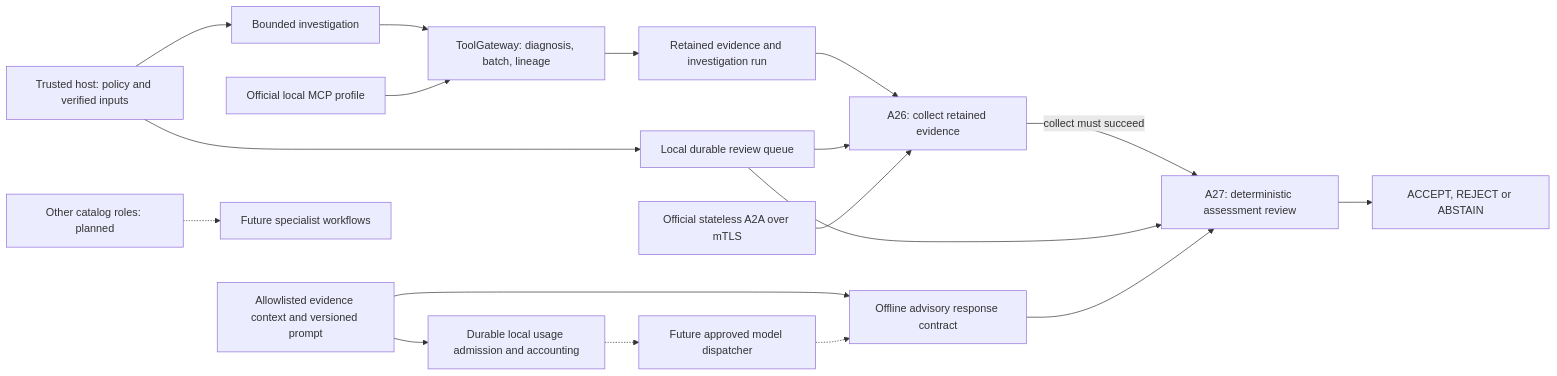
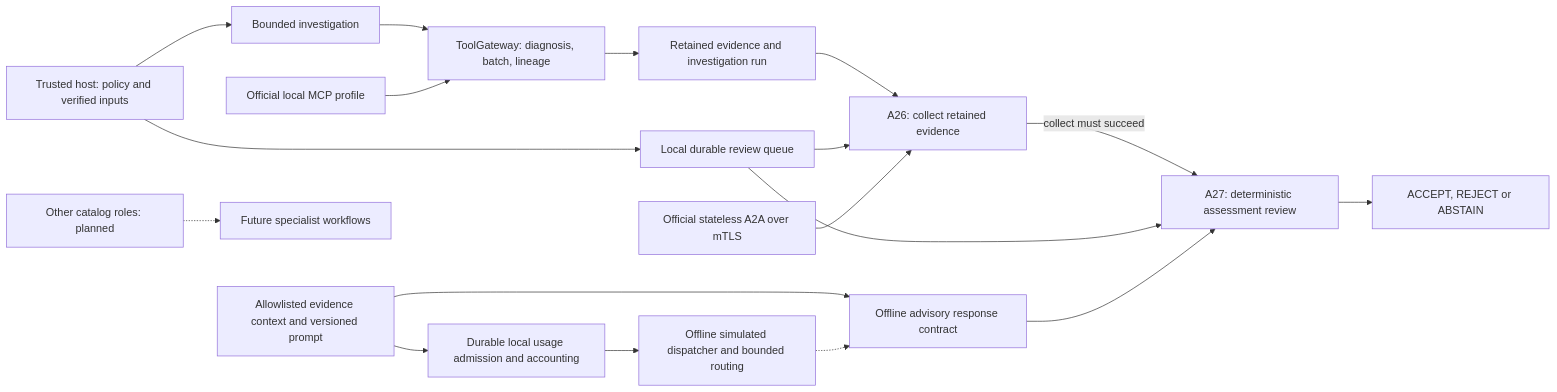
The first of 2 diagrams in docs/agents/README.md (mirackeser/aegisflow-data-reliability), drawn with Mermaid before and after one commit. The commit also changed other lines of this file and 10 other files, not shown here.

````diff
--- a/docs/agents/README.md
+++ b/docs/agents/README.md
@@ -7,20 +7,20 @@
 ```mermaid
 flowchart LR
   Host[Trusted host: policy and verified inputs] --> Workflow[Bounded investigation]
   Workflow --> Tools[ToolGateway: diagnosis, batch, lineage]
   Tools --> Runs[Retained evidence and investigation run]
   Runs --> A26[A26: collect retained evidence]
   A26 -->|collect must succeed| A27[A27: deterministic assessment review]
   A27 --> Verdict[ACCEPT, REJECT or ABSTAIN]
   Host --> Queue[Local durable review queue]
   Queue --> A26
   Queue --> A27
   MCP[Official local MCP profile] --> Tools
   A2A[Official stateless A2A over mTLS] --> A26
   Offline[Offline advisory response contract] --> A27
   Context[Allowlisted evidence context and versioned prompt] --> Offline
   Context --> Usage[Durable local usage admission and accounting]
-  Usage -.-> Adapter[Future approved model dispatcher]
+  Usage --> Adapter[Offline simulated dispatcher and bounded routing]
   Adapter -.-> Offline
   Planned[Other catalog roles: planned] -.-> Future[Future specialist workflows]
 ```
````
